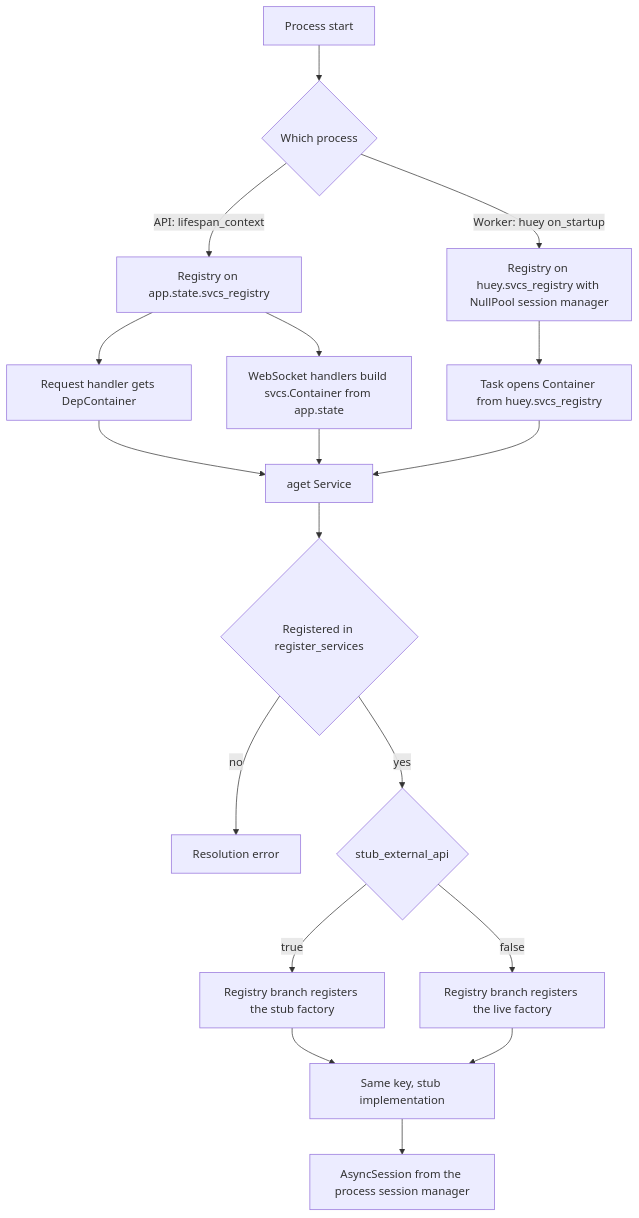
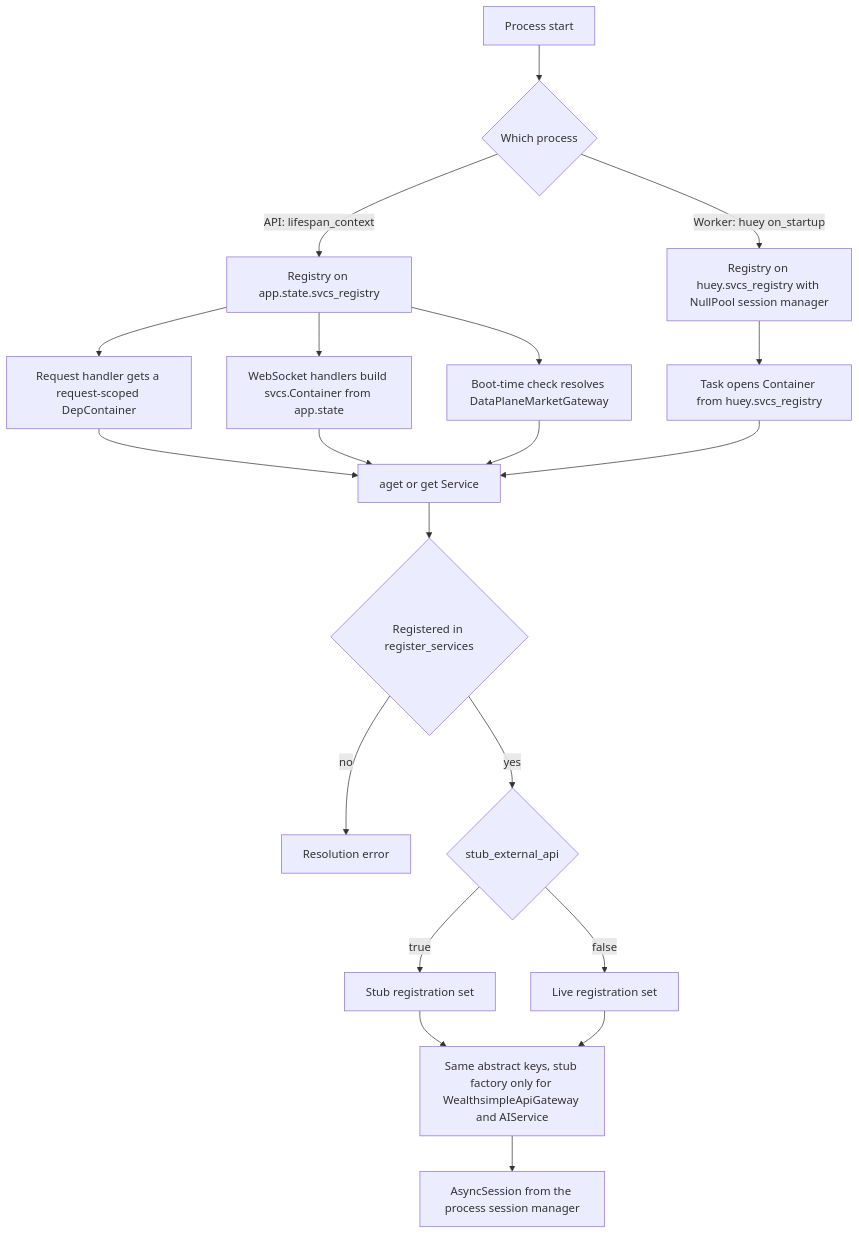
The second of 2 diagrams in openwiki/architecture/configuration.md (havekes/retail-portfolio), drawn with Mermaid before and after one commit. The commit also changed other lines of this file and 57 other files, not shown here.

````diff
--- a/openwiki/architecture/configuration.md
+++ b/openwiki/architecture/configuration.md
@@ -195,20 +283,22 @@
 ```mermaid
 flowchart TD
     A["Process start"] --> B{"Which process"}
     B -->|"API: lifespan_context"| C["Registry on app.state.svcs_registry"]
     B -->|"Worker: huey on_startup"| D["Registry on huey.svcs_registry with NullPool session manager"]
-    C --> E["Request handler gets DepContainer"]
+    C --> E["Request handler gets a request-scoped DepContainer"]
     C --> F["WebSocket handlers build svcs.Container from app.state"]
-    D --> G["Task opens Container from huey.svcs_registry"]
-    E --> H["aget Service"]
-    F --> H
-    G --> H
-    H --> I{"Registered in register_services"}
-    I -->|"no"| J["Resolution error"]
-    I -->|"yes"| K{"stub_external_api"}
-    K -->|"true"| L["Registry branch registers the stub factory"]
-    K -->|"false"| M["Registry branch registers the live factory"]
-    L --> N["Same key, stub implementation"]
-    M --> N
-    N --> O["AsyncSession from the process session manager"]
+    C --> G["Boot-time check resolves DataPlaneMarketGateway"]
+    D --> H["Task opens Container from huey.svcs_registry"]
+    E --> I["aget or get Service"]
+    F --> I
+    G --> I
+    H --> I
+    I --> J{"Registered in register_services"}
+    J -->|"no"| K["Resolution error"]
+    J -->|"yes"| L{"stub_external_api"}
+    L -->|"true"| M["Stub registration set"]
+    L -->|"false"| N["Live registration set"]
+    M --> O["Same abstract keys, stub factory only for WealthsimpleApiGateway and AIService"]
+    N --> O
+    O --> P["AsyncSession from the process session manager"]
 ```
````
